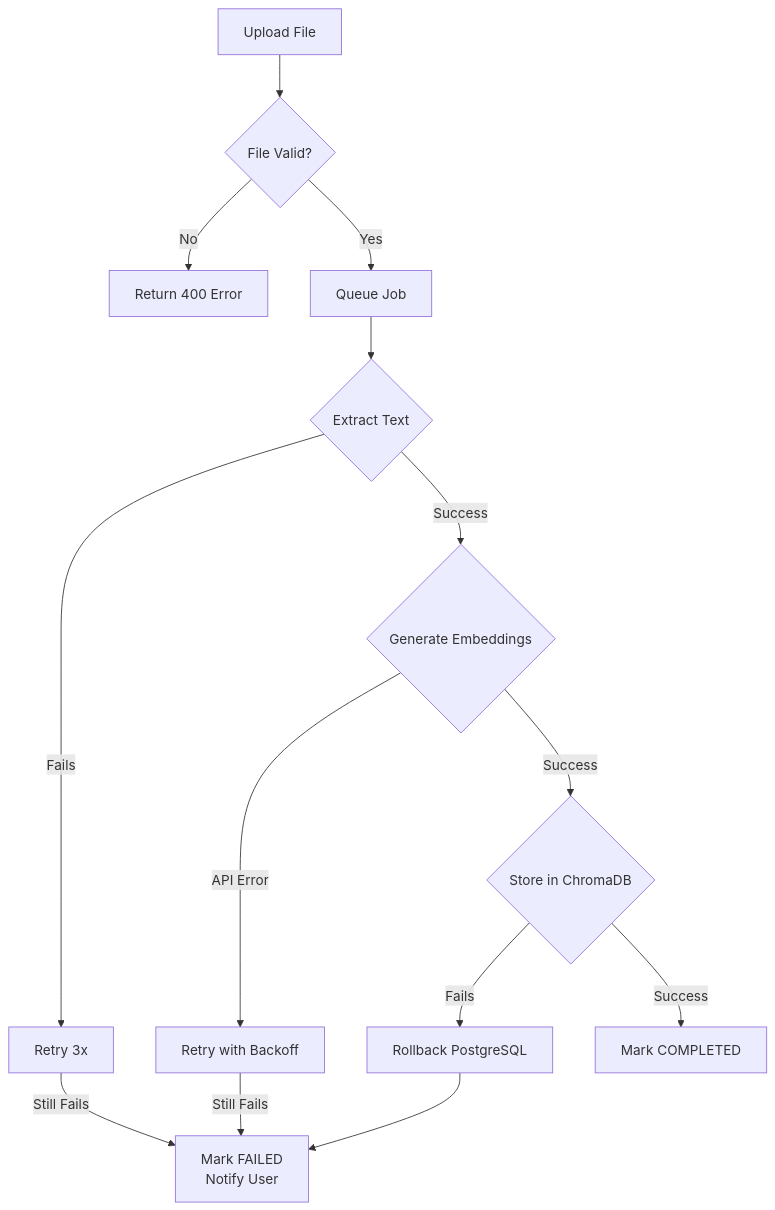
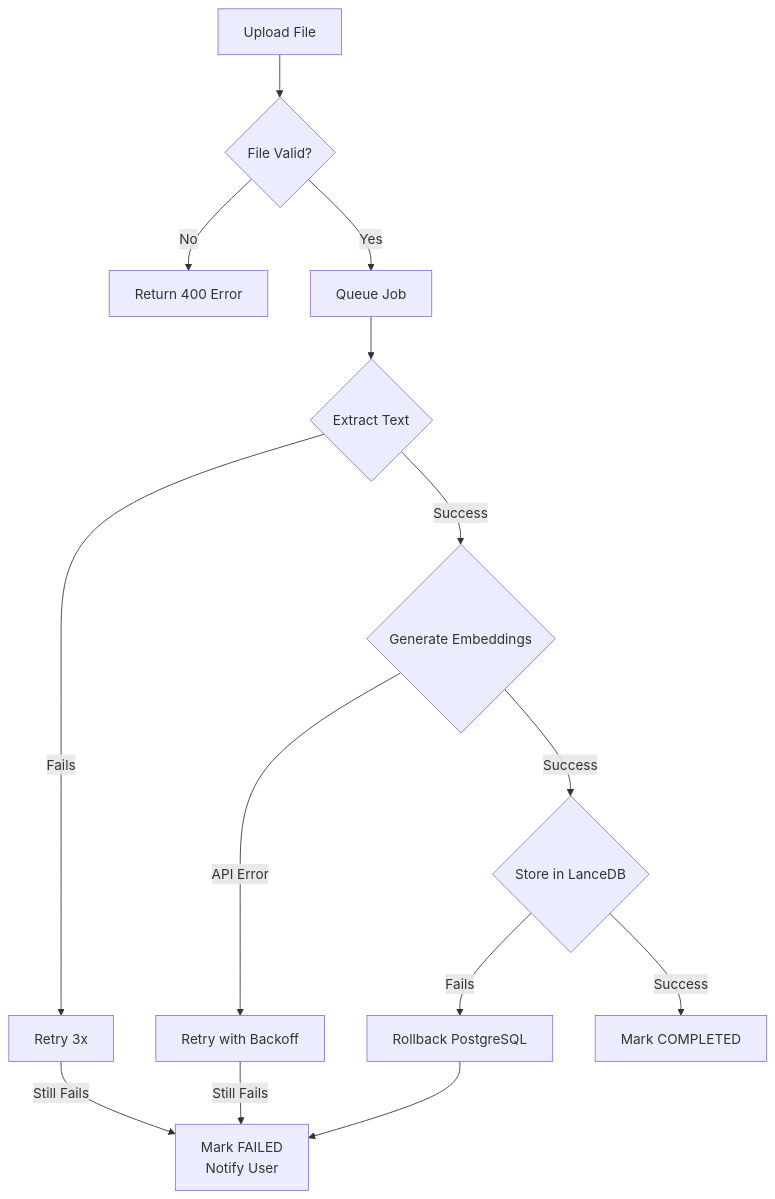
One commit to aravindbharathy/RAG-InvestmentAnalyzer changed the fifth of 5 diagrams in Docs/architecture.md. Above: the diagram before and after it, drawn with Mermaid. The commit also changed other lines of this file and 31 other files, not shown here.

````diff
--- a/Docs/architecture.md
+++ b/Docs/architecture.md
@@ -430,16 +440,16 @@
 ```mermaid
 graph TD
     A[Upload File] --> B{File Valid?}
     B -->|No| C[Return 400 Error]
     B -->|Yes| D[Queue Job]
     D --> E{Extract Text}
     E -->|Fails| F[Retry 3x]
     F -->|Still Fails| G[Mark FAILED<br/>Notify User]
     E -->|Success| H{Generate Embeddings}
     H -->|API Error| I[Retry with Backoff]
     I -->|Still Fails| G
-    H -->|Success| J{Store in ChromaDB}
+    H -->|Success| J{Store in LanceDB}
     J -->|Fails| K[Rollback PostgreSQL]
     K --> G
     J -->|Success| L[Mark COMPLETED]
 ```
````
